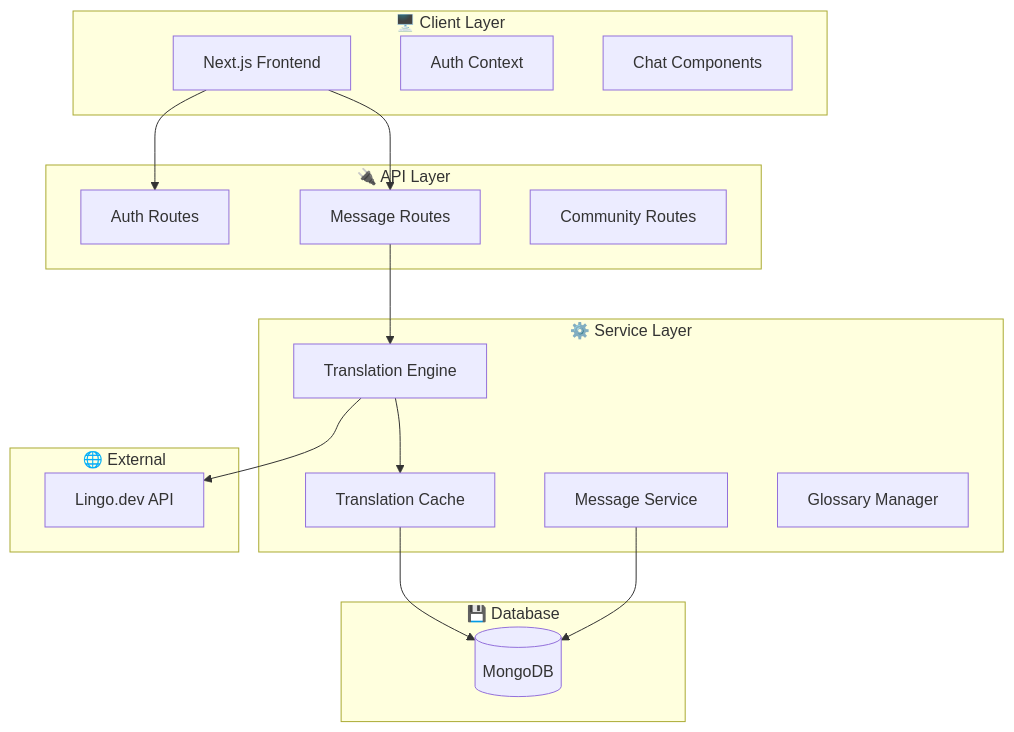
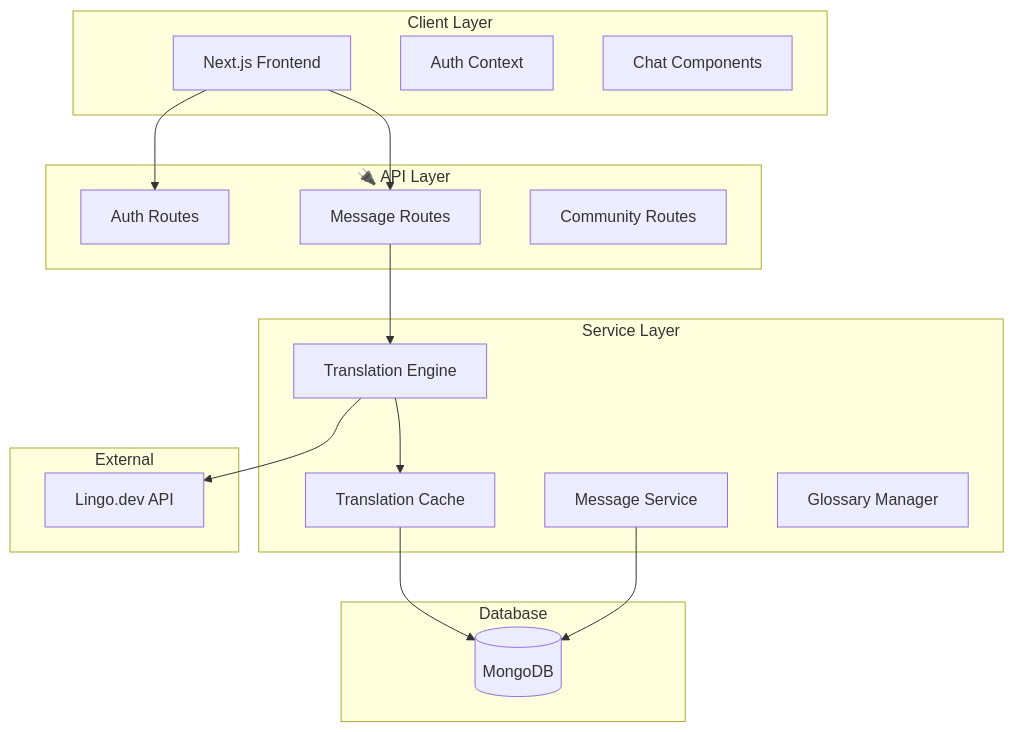
The first of 2 diagrams in README.md (TejasRawool186/FlowTalk), drawn with Mermaid before and after one commit. The commit also changed other lines of this file, not shown here.

````diff
--- a/README.md
+++ b/README.md
@@ -33,37 +33,37 @@
 ```mermaid
 flowchart TB
-    subgraph Client["🖥️ Client Layer"]
+    subgraph Client[" Client Layer"]
         UI[Next.js Frontend]
         Auth[Auth Context]
         Chat[Chat Components]
     end
     
     subgraph API["🔌 API Layer"]
         AuthAPI[Auth Routes]
         MsgAPI[Message Routes]
         CommAPI[Community Routes]
     end
     
-    subgraph Services["⚙️ Service Layer"]
+    subgraph Services[" Service Layer"]
         MsgSvc[Message Service]
         TransSvc[Translation Engine]
         Cache[Translation Cache]
         Glossary[Glossary Manager]
     end
     
-    subgraph External["🌐 External"]
+    subgraph External[" External"]
         LingoAPI[Lingo.dev API]
     end
     
-    subgraph Data["💾 Database"]
+    subgraph Data["Database"]
         MongoDB[(MongoDB)]
     end
     
     UI --> AuthAPI
     UI --> MsgAPI
     MsgAPI --> TransSvc
     TransSvc --> LingoAPI
     TransSvc --> Cache
     Cache --> MongoDB
     MsgSvc --> MongoDB
 ```
````
